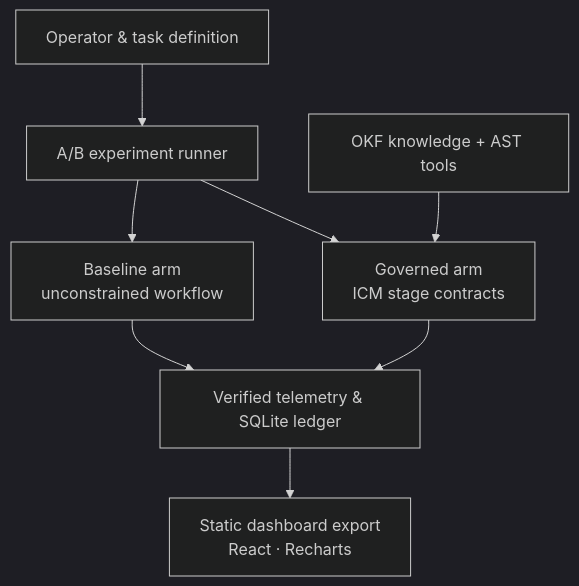
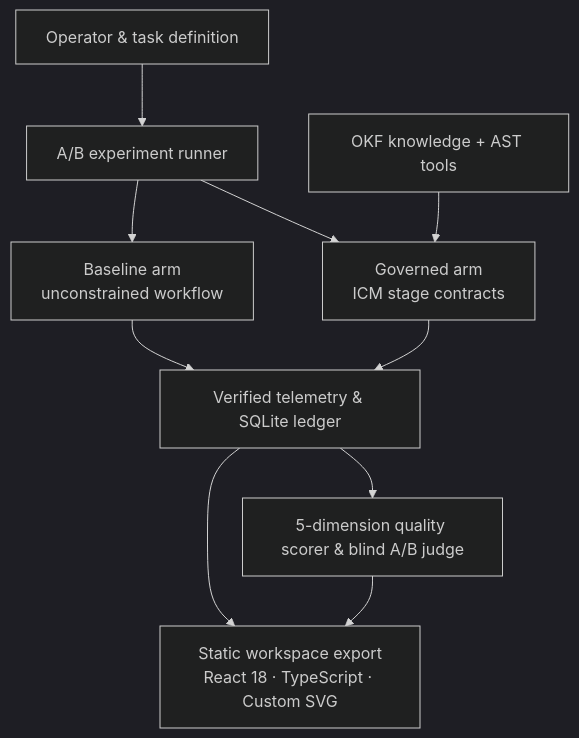
Before and after one commit to ZenzerJs/Ai-Lab: the diagram in README.md, drawn with Mermaid (dark theme). The commit also changed other lines of this file, not shown here.

````diff
--- a/README.md
+++ b/README.md
@@ -144,10 +148,12 @@
 ```mermaid
 flowchart TD
     O["Operator & task definition"] --> R["A/B experiment runner"]
     R --> B["Baseline arm<br/>unconstrained workflow"]
     R --> G["Governed arm<br/>ICM stage contracts"]
     K["OKF knowledge + AST tools"] --> G
     B --> L["Verified telemetry & SQLite ledger"]
     G --> L
-    L --> D["Static dashboard export<br/>React · Recharts"]
+    L --> Q["5-dimension quality scorer & blind A/B judge"]
+    L --> D["Static workspace export<br/>React 18 · TypeScript · Custom SVG"]
+    Q --> D
 ```
````
